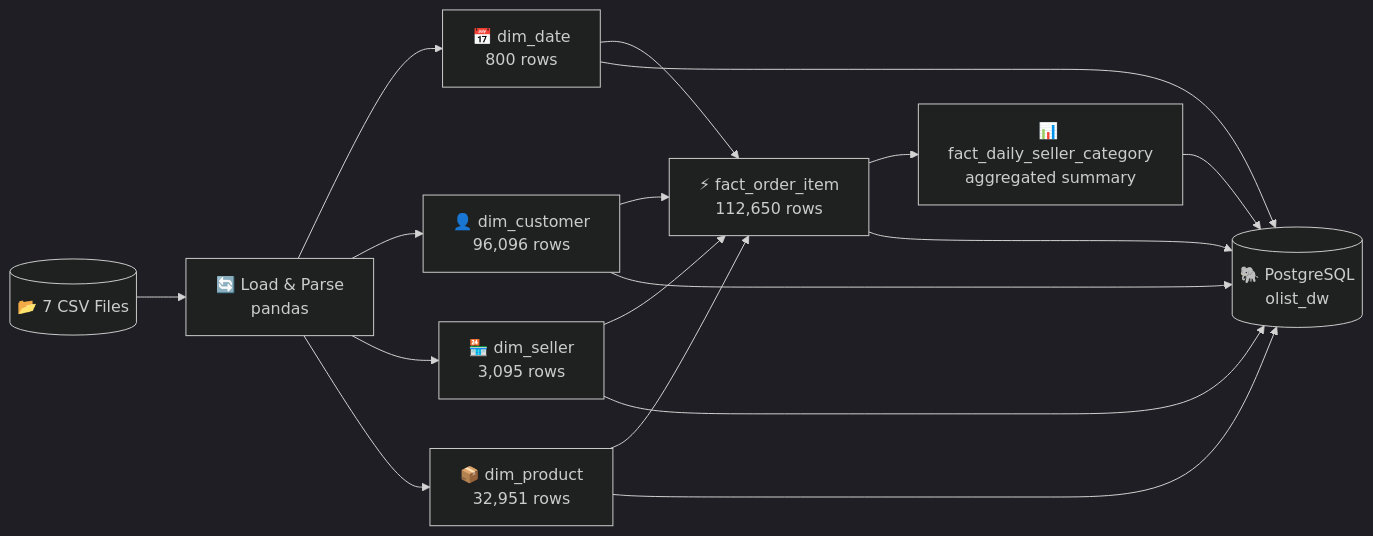
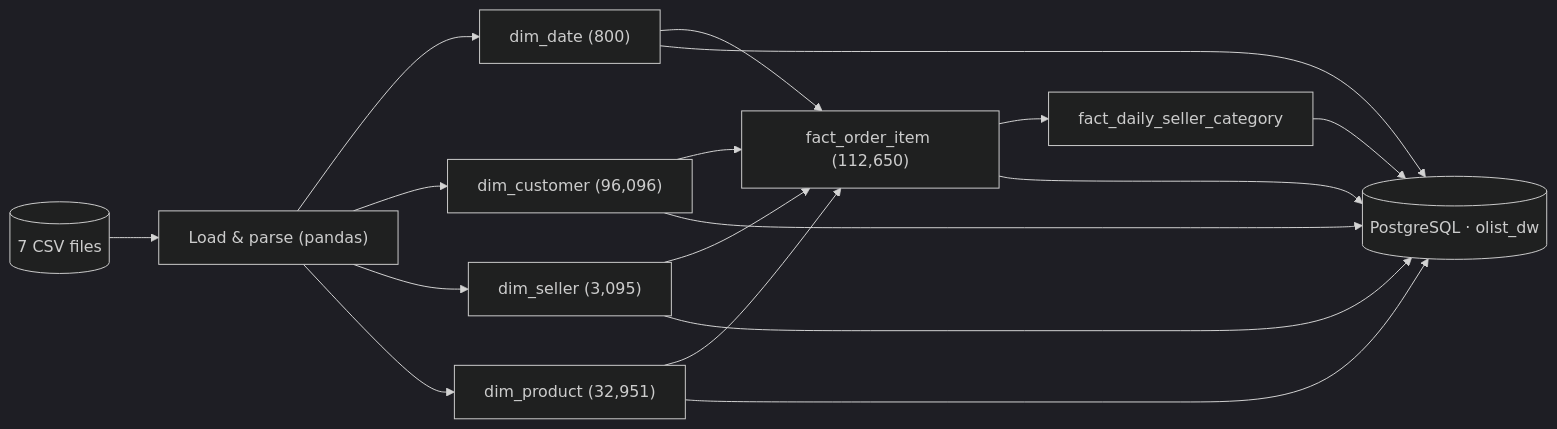
One commit to danidata25/BI changed the second of 2 diagrams in README.md. Above: the diagram before and after it, drawn with Mermaid (dark theme). The commit also changed other lines of this file, not shown here.

````diff
--- a/README.md
+++ b/README.md
@@ -173,11 +141,11 @@
 ```mermaid
 flowchart LR
-    A[("📂 7 CSV Files")] --> B["🔄 Load & Parse\npandas"]
-    B --> C1["📅 dim_date\n800 rows"]
-    B --> C2["👤 dim_customer\n96,096 rows"]
-    B --> C3["🏪 dim_seller\n3,095 rows"]
-    B --> C4["📦 dim_product\n32,951 rows"]
-    C1 & C2 & C3 & C4 --> D["⚡ fact_order_item\n112,650 rows"]
-    D --> E["📊 fact_daily_seller_category\naggregated summary"]
-    C1 & C2 & C3 & C4 & D & E --> F[("🐘 PostgreSQL\nolist_dw")]
+    A[("7 CSV files")] --> B["Load & parse (pandas)"]
+    B --> C1["dim_date (800)"]
+    B --> C2["dim_customer (96,096)"]
+    B --> C3["dim_seller (3,095)"]
+    B --> C4["dim_product (32,951)"]
+    C1 & C2 & C3 & C4 --> D["fact_order_item (112,650)"]
+    D --> E["fact_daily_seller_category"]
+    C1 & C2 & C3 & C4 & D & E --> F[("PostgreSQL · olist_dw")]
 ```
````
